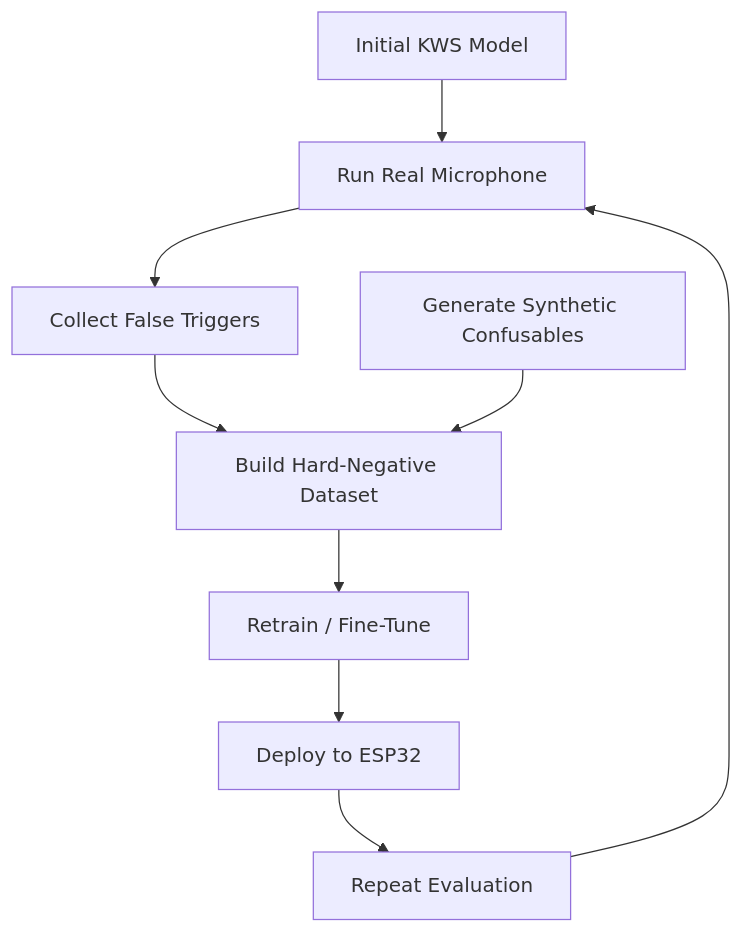
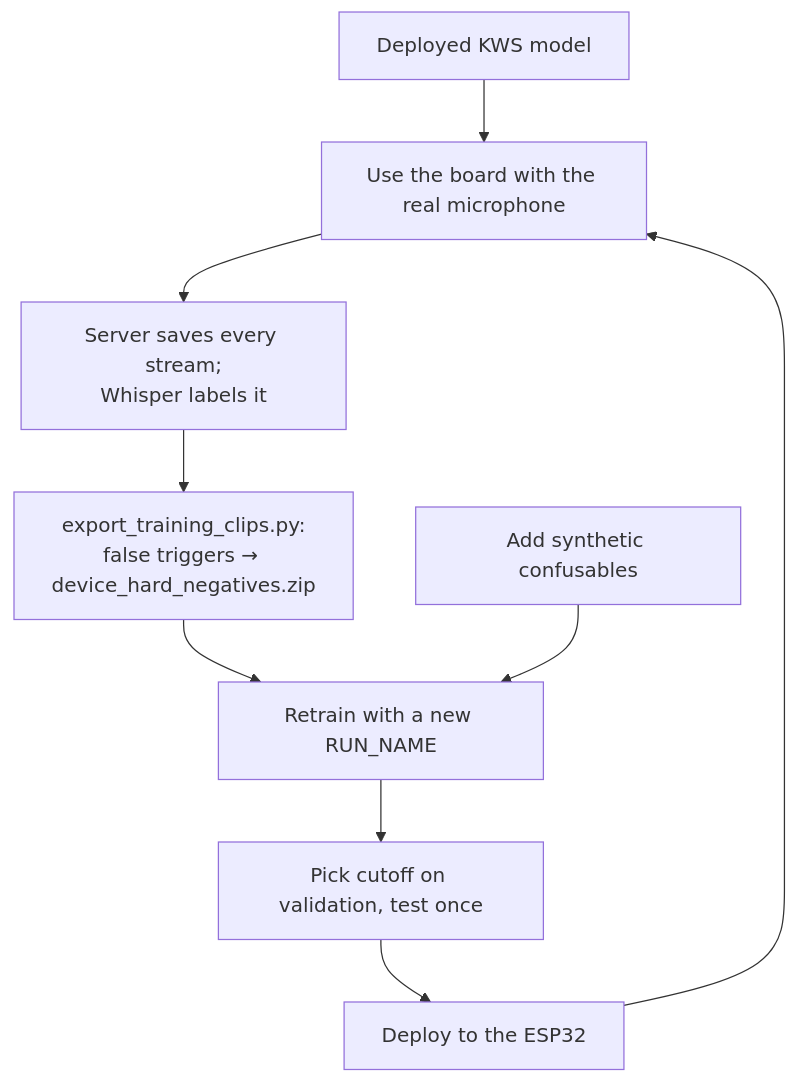
Before and after one commit to Raj24-dev/Kws: the ninth of 12 diagrams in README.md, drawn with Mermaid. The commit also changed other lines of this file and 211 other files, not shown here.

Commit message:
Add Edge KWS firmware, server, and benchmark suite

````diff
--- a/README.md
+++ b/README.md
@@ -986,21 +662,16 @@
 ```mermaid
 flowchart TD
 
-    A["Initial KWS Model"]
-    B["Run Real Microphone"]
-    C["Collect False Triggers"]
-    D["Generate Synthetic Confusables"]
-    E["Build Hard-Negative Dataset"]
-    F["Retrain / Fine-Tune"]
-    G["Deploy to ESP32"]
-    H["Repeat Evaluation"]
+    A["Deployed KWS model"]
+    B["Use the board with the real microphone"]
+    C["Server saves every stream;<br/>Whisper labels it"]
+    D["export_training_clips.py:<br/>false triggers → device_hard_negatives.zip"]
+    E["Add synthetic confusables"]
+    F["Retrain with a new RUN_NAME"]
+    G["Pick cutoff on validation, test once"]
+    H["Deploy to the ESP32"]
 
-    A --> B
-    B --> C
-    C --> E
-    D --> E
+    A --> B --> C --> D --> F
     E --> F
-    F --> G
-    G --> H
-    H --> B
+    F --> G --> H --> B
 ```
````
